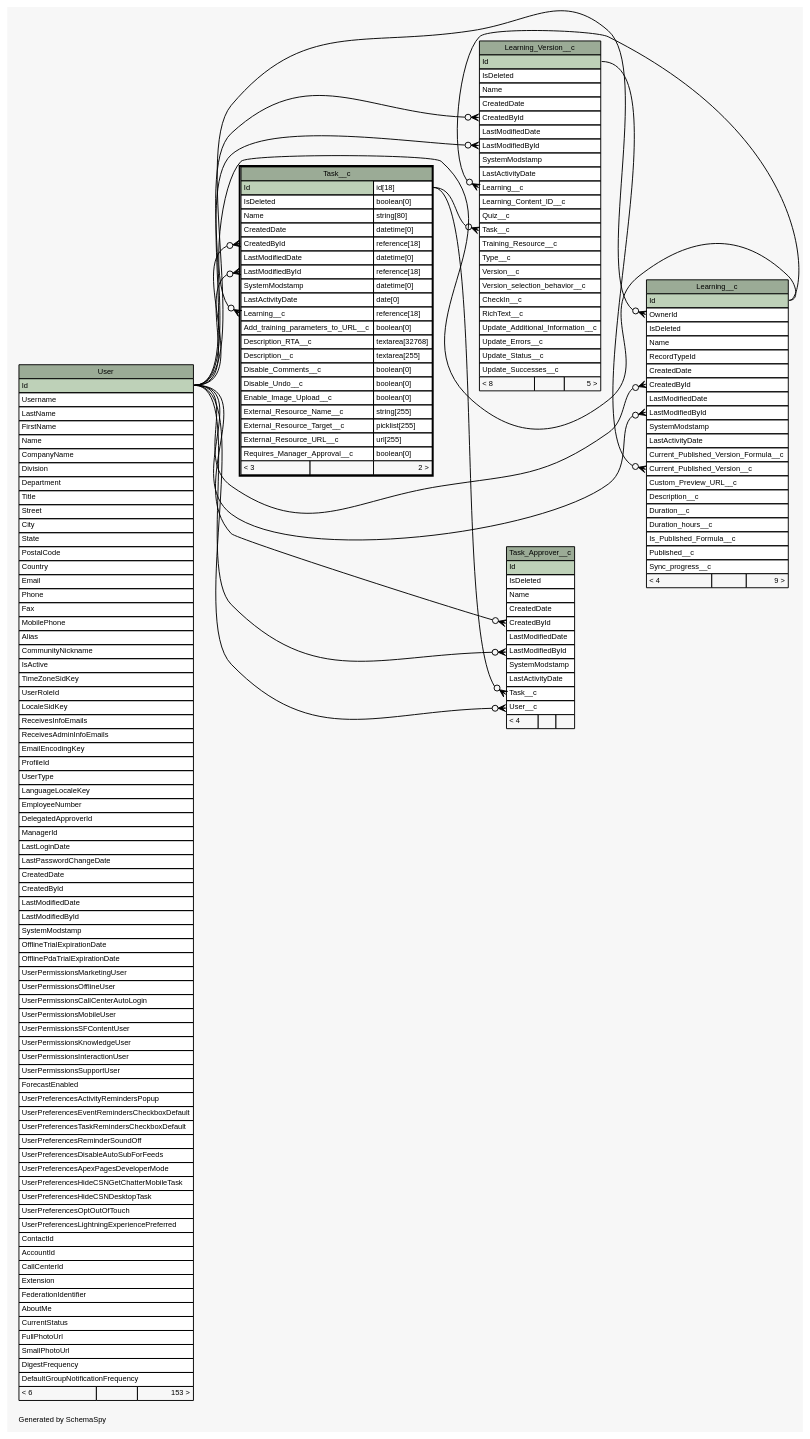
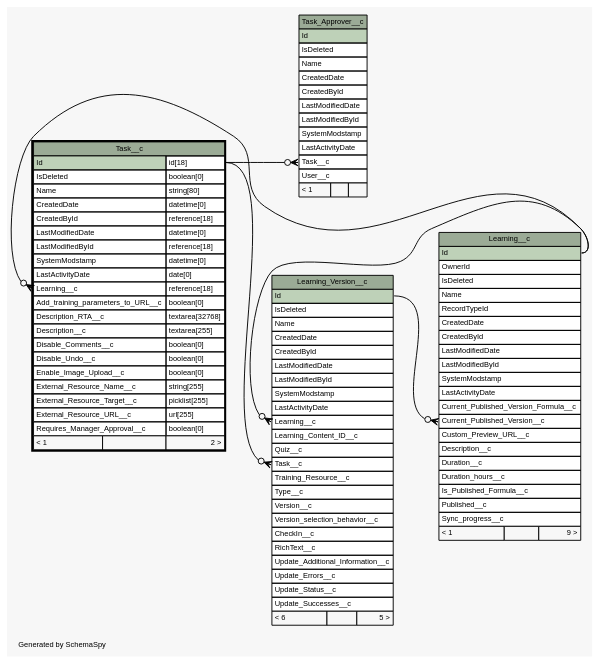
One commit to ScormAnywhere/learntrac.github.io changed the diagram in diagrams/Task__c.1degree.dot. Above: the diagram before and after it, drawn with Graphviz. The commit also changed 289 other files, not shown here.

```diff
--- a/diagrams/Task__c.1degree.dot
+++ b/diagrams/Task__c.1degree.dot
@@ -19,21 +19,11 @@
   edge [
     arrowsize="0.8"
   ];
-  "Learning__c":"CreatedById":w -> "User":"Id":e [arrowhead=none dir=back arrowtail=crowodot];
   "Learning__c":"Current_Published_Version__c":w -> "Learning_Version__c":"Id":e [arrowhead=none dir=back arrowtail=crowodot];
-  "Learning__c":"LastModifiedById":w -> "User":"Id":e [arrowhead=none dir=back arrowtail=crowodot];
-  "Learning__c":"OwnerId":w -> "User":"Id":e [arrowhead=none dir=back arrowtail=crowodot];
-  "Learning_Version__c":"CreatedById":w -> "User":"Id":e [arrowhead=none dir=back arrowtail=crowodot];
-  "Learning_Version__c":"LastModifiedById":w -> "User":"Id":e [arrowhead=none dir=back arrowtail=crowodot];
   "Learning_Version__c":"Learning__c":w -> "Learning__c":"Id":e [arrowhead=none dir=back arrowtail=crowodot];
   "Learning_Version__c":"Task__c":w -> "Task__c":"Id.type":e [arrowhead=none dir=back arrowtail=crowodot];
-  "Task__c":"CreatedById":w -> "User":"Id":e [arrowhead=none dir=back arrowtail=crowodot];
-  "Task__c":"LastModifiedById":w -> "User":"Id":e [arrowhead=none dir=back arrowtail=crowodot];
   "Task__c":"Learning__c":w -> "Learning__c":"Id":e [arrowhead=none dir=back arrowtail=crowodot];
-  "Task_Approver__c":"CreatedById":w -> "User":"Id":e [arrowhead=none dir=back arrowtail=crowodot];
-  "Task_Approver__c":"LastModifiedById":w -> "User":"Id":e [arrowhead=none dir=back arrowtail=crowodot];
   "Task_Approver__c":"Task__c":w -> "Task__c":"Id.type":e [arrowhead=none dir=back arrowtail=crowodot];
-  "Task_Approver__c":"User__c":w -> "User":"Id":e [arrowhead=none dir=back arrowtail=crowodot];
   "Learning__c" [
     label=<
     <TABLE BORDER="0" CELLBORDER="1" CELLSPACING="0" BGCOLOR="#ffffff">
@@ -58,7 +48,7 @@
       <TR><TD PORT="Is_Published_Formula__c" COLSPAN="3" ALIGN="LEFT">Is_Published_Formula__c</TD></TR>
       <TR><TD PORT="Published__c" COLSPAN="3" ALIGN="LEFT">Published__c</TD></TR>
       <TR><TD PORT="Sync_progress__c" COLSPAN="3" ALIGN="LEFT">Sync_progress__c</TD></TR>
-      <TR><TD ALIGN="LEFT" BGCOLOR="#f7f7f7">&lt; 4</TD><TD ALIGN="RIGHT" BGCOLOR="#f7f7f7">  </TD><TD ALIGN="RIGHT" BGCOLOR="#f7f7f7">9 &gt;</TD></TR>
+      <TR><TD ALIGN="LEFT" BGCOLOR="#f7f7f7">&lt; 1</TD><TD ALIGN="RIGHT" BGCOLOR="#f7f7f7">  </TD><TD ALIGN="RIGHT" BGCOLOR="#f7f7f7">9 &gt;</TD></TR>
     </TABLE>>
     URL="Learning__c.html"
     tooltip="Learning__c"
@@ -90,7 +80,7 @@
       <TR><TD PORT="Update_Errors__c" COLSPAN="3" ALIGN="LEFT">Update_Errors__c</TD></TR>
       <TR><TD PORT="Update_Status__c" COLSPAN="3" ALIGN="LEFT">Update_Status__c</TD></TR>
       <TR><TD PORT="Update_Successes__c" COLSPAN="3" ALIGN="LEFT">Update_Successes__c</TD></TR>
-      <TR><TD ALIGN="LEFT" BGCOLOR="#f7f7f7">&lt; 8</TD><TD ALIGN="RIGHT" BGCOLOR="#f7f7f7">  </TD><TD ALIGN="RIGHT" BGCOLOR="#f7f7f7">5 &gt;</TD></TR>
+      <TR><TD ALIGN="LEFT" BGCOLOR="#f7f7f7">&lt; 6</TD><TD ALIGN="RIGHT" BGCOLOR="#f7f7f7">  </TD><TD ALIGN="RIGHT" BGCOLOR="#f7f7f7">5 &gt;</TD></TR>
     </TABLE>>
     URL="Learning_Version__c.html"
     tooltip="Learning_Version__c"
@@ -119,7 +109,7 @@
       <TR><TD PORT="External_Resource_Target__c" COLSPAN="2" ALIGN="LEFT">External_Resource_Target__c</TD><TD PORT="External_Resource_Target__c.type" ALIGN="LEFT">picklist[255]</TD></TR>
       <TR><TD PORT="External_Resource_URL__c" COLSPAN="2" ALIGN="LEFT">External_Resource_URL__c</TD><TD PORT="External_Resource_URL__c.type" ALIGN="LEFT">url[255]</TD></TR>
       <TR><TD PORT="Requires_Manager_Approval__c" COLSPAN="2" ALIGN="LEFT">Requires_Manager_Approval__c</TD><TD PORT="Requires_Manager_Approval__c.type" ALIGN="LEFT">boolean[0]</TD></TR>
-      <TR><TD ALIGN="LEFT" BGCOLOR="#f7f7f7">&lt; 3</TD><TD ALIGN="RIGHT" BGCOLOR="#f7f7f7">  </TD><TD ALIGN="RIGHT" BGCOLOR="#f7f7f7">2 &gt;</TD></TR>
+      <TR><TD ALIGN="LEFT" BGCOLOR="#f7f7f7">&lt; 1</TD><TD ALIGN="RIGHT" BGCOLOR="#f7f7f7">  </TD><TD ALIGN="RIGHT" BGCOLOR="#f7f7f7">2 &gt;</TD></TR>
     </TABLE>>
     URL="Task__c.html"
     tooltip="Task__c"
@@ -139,90 +129,9 @@
       <TR><TD PORT="LastActivityDate" COLSPAN="3" ALIGN="LEFT">LastActivityDate</TD></TR>
       <TR><TD PORT="Task__c" COLSPAN="3" ALIGN="LEFT">Task__c</TD></TR>
       <TR><TD PORT="User__c" COLSPAN="3" ALIGN="LEFT">User__c</TD></TR>
-      <TR><TD ALIGN="LEFT" BGCOLOR="#f7f7f7">&lt; 4</TD><TD ALIGN="RIGHT" BGCOLOR="#f7f7f7">  </TD><TD ALIGN="RIGHT" BGCOLOR="#f7f7f7">  </TD></TR>
+      <TR><TD ALIGN="LEFT" BGCOLOR="#f7f7f7">&lt; 1</TD><TD ALIGN="RIGHT" BGCOLOR="#f7f7f7">  </TD><TD ALIGN="RIGHT" BGCOLOR="#f7f7f7">  </TD></TR>
     </TABLE>>
     URL="Task_Approver__c.html"
     tooltip="Task_Approver__c"
   ];
-  "User" [
-    label=<
-    <TABLE BORDER="0" CELLBORDER="1" CELLSPACING="0" BGCOLOR="#ffffff">
-      <TR><TD COLSPAN="3" BGCOLOR="#9bab96" ALIGN="CENTER">User</TD></TR>
-      <TR><TD PORT="Id" COLSPAN="3" BGCOLOR="#bed1b8" ALIGN="LEFT">Id</TD></TR>
-      <TR><TD PORT="Username" COLSPAN="3" ALIGN="LEFT">Username</TD></TR>
-      <TR><TD PORT="LastName" COLSPAN="3" ALIGN="LEFT">LastName</TD></TR>
-      <TR><TD PORT="FirstName" COLSPAN="3" ALIGN="LEFT">FirstName</TD></TR>
-      <TR><TD PORT="Name" COLSPAN="3" ALIGN="LEFT">Name</TD></TR>
-      <TR><TD PORT="CompanyName" COLSPAN="3" ALIGN="LEFT">CompanyName</TD></TR>
-      <TR><TD PORT="Division" COLSPAN="3" ALIGN="LEFT">Division</TD></TR>
-      <TR><TD PORT="Department" COLSPAN="3" ALIGN="LEFT">Department</TD></TR>
-      <TR><TD PORT="Title" COLSPAN="3" ALIGN="LEFT">Title</TD></TR>
-      <TR><TD PORT="Street" COLSPAN="3" ALIGN="LEFT">Street</TD></TR>
-      <TR><TD PORT="City" COLSPAN="3" ALIGN="LEFT">City</TD></TR>
-      <TR><TD PORT="State" COLSPAN="3" ALIGN="LEFT">State</TD></TR>
-      <TR><TD PORT="PostalCode" COLSPAN="3" ALIGN="LEFT">PostalCode</TD></TR>
-      <TR><TD PORT="Country" COLSPAN="3" ALIGN="LEFT">Country</TD></TR>
-      <TR><TD PORT="Email" COLSPAN="3" ALIGN="LEFT">Email</TD></TR>
-      <TR><TD PORT="Phone" COLSPAN="3" ALIGN="LEFT">Phone</TD></TR>
-      <TR><TD PORT="Fax" COLSPAN="3" ALIGN="LEFT">Fax</TD></TR>
-      <TR><TD PORT="MobilePhone" COLSPAN="3" ALIGN="LEFT">MobilePhone</TD></TR>
-      <TR><TD PORT="Alias" COLSPAN="3" ALIGN="LEFT">Alias</TD></TR>
-      <TR><TD PORT="CommunityNickname" COLSPAN="3" ALIGN="LEFT">CommunityNickname</TD></TR>
-      <TR><TD PORT="IsActive" COLSPAN="3" ALIGN="LEFT">IsActive</TD></TR>
-      <TR><TD PORT="TimeZoneSidKey" COLSPAN="3" ALIGN="LEFT">TimeZoneSidKey</TD></TR>
-      <TR><TD PORT="UserRoleId" COLSPAN="3" ALIGN="LEFT">UserRoleId</TD></TR>
-      <TR><TD PORT="LocaleSidKey" COLSPAN="3" ALIGN="LEFT">LocaleSidKey</TD></TR>
-      <TR><TD PORT="ReceivesInfoEmails" COLSPAN="3" ALIGN="LEFT">ReceivesInfoEmails</TD></TR>
-      <TR><TD PORT="ReceivesAdminInfoEmails" COLSPAN="3" ALIGN="LEFT">ReceivesAdminInfoEmails</TD></TR>
-      <TR><TD PORT="EmailEncodingKey" COLSPAN="3" ALIGN="LEFT">EmailEncodingKey</TD></TR>
-      <TR><TD PORT="ProfileId" COLSPAN="3" ALIGN="LEFT">ProfileId</TD></TR>
-      <TR><TD PORT="UserType" COLSPAN="3" ALIGN="LEFT">UserType</TD></TR>
-      <TR><TD PORT="LanguageLocaleKey" COLSPAN="3" ALIGN="LEFT">LanguageLocaleKey</TD></TR>
-      <TR><TD PORT="EmployeeNumber" COLSPAN="3" ALIGN="LEFT">EmployeeNumber</TD></TR>
-      <TR><TD PORT="DelegatedApproverId" COLSPAN="3" ALIGN="LEFT">DelegatedApproverId</TD></TR>
-      <TR><TD PORT="ManagerId" COLSPAN="3" ALIGN="LEFT">ManagerId</TD></TR>
-      <TR><TD PORT="LastLoginDate" COLSPAN="3" ALIGN="LEFT">LastLoginDate</TD></TR>
-      <TR><TD PORT="LastPasswordChangeDate" COLSPAN="3" ALIGN="LEFT">LastPasswordChangeDate</TD></TR>
-      <TR><TD PORT="CreatedDate" COLSPAN="3" ALIGN="LEFT">CreatedDate</TD></TR>
-      <TR><TD PORT="CreatedById" COLSPAN="3" ALIGN="LEFT">CreatedById</TD></TR>
-      <TR><TD PORT="LastModifiedDate" COLSPAN="3" ALIGN="LEFT">LastModifiedDate</TD></TR>
-      <TR><TD PORT="LastModifiedById" COLSPAN="3" ALIGN="LEFT">LastModifiedById</TD></TR>
-      <TR><TD PORT="SystemModstamp" COLSPAN="3" ALIGN="LEFT">SystemModstamp</TD></TR>
-      <TR><TD PORT="OfflineTrialExpirationDate" COLSPAN="3" ALIGN="LEFT">OfflineTrialExpirationDate</TD></TR>
-      <TR><TD PORT="OfflinePdaTrialExpirationDate" COLSPAN="3" ALIGN="LEFT">OfflinePdaTrialExpirationDate</TD></TR>
-      <TR><TD PORT="UserPermissionsMarketingUser" COLSPAN="3" ALIGN="LEFT">UserPermissionsMarketingUser</TD></TR>
-      <TR><TD PORT="UserPermissionsOfflineUser" COLSPAN="3" ALIGN="LEFT">UserPermissionsOfflineUser</TD></TR>
-      <TR><TD PORT="UserPermissionsCallCenterAutoLogin" COLSPAN="3" ALIGN="LEFT">UserPermissionsCallCenterAutoLogin</TD></TR>
-      <TR><TD PORT="UserPermissionsMobileUser" COLSPAN="3" ALIGN="LEFT">UserPermissionsMobileUser</TD></TR>
-      <TR><TD PORT="UserPermissionsSFContentUser" COLSPAN="3" ALIGN="LEFT">UserPermissionsSFContentUser</TD></TR>
-      <TR><TD PORT="UserPermissionsKnowledgeUser" COLSPAN="3" ALIGN="LEFT">UserPermissionsKnowledgeUser</TD></TR>
-      <TR><TD PORT="UserPermissionsInteractionUser" COLSPAN="3" ALIGN="LEFT">UserPermissionsInteractionUser</TD></TR>
-      <TR><TD PORT="UserPermissionsSupportUser" COLSPAN="3" ALIGN="LEFT">UserPermissionsSupportUser</TD></TR>
-      <TR><TD PORT="ForecastEnabled" COLSPAN="3" ALIGN="LEFT">ForecastEnabled</TD></TR>
-      <TR><TD PORT="UserPreferencesActivityRemindersPopup" COLSPAN="3" ALIGN="LEFT">UserPreferencesActivityRemindersPopup</TD></TR>
-      <TR><TD PORT="UserPreferencesEventRemindersCheckboxDefault" COLSPAN="3" ALIGN="LEFT">UserPreferencesEventRemindersCheckboxDefault</TD></TR>
-      <TR><TD PORT="UserPreferencesTaskRemindersCheckboxDefault" COLSPAN="3" ALIGN="LEFT">UserPreferencesTaskRemindersCheckboxDefault</TD></TR>
-      <TR><TD PORT="UserPreferencesReminderSoundOff" COLSPAN="3" ALIGN="LEFT">UserPreferencesReminderSoundOff</TD></TR>
-      <TR><TD PORT="UserPreferencesDisableAutoSubForFeeds" COLSPAN="3" ALIGN="LEFT">UserPreferencesDisableAutoSubForFeeds</TD></TR>
-      <TR><TD PORT="UserPreferencesApexPagesDeveloperMode" COLSPAN="3" ALIGN="LEFT">UserPreferencesApexPagesDeveloperMode</TD></TR>
-      <TR><TD PORT="UserPreferencesHideCSNGetChatterMobileTask" COLSPAN="3" ALIGN="LEFT">UserPreferencesHideCSNGetChatterMobileTask</TD></TR>
-      <TR><TD PORT="UserPreferencesHideCSNDesktopTask" COLSPAN="3" ALIGN="LEFT">UserPreferencesHideCSNDesktopTask</TD></TR>
-      <TR><TD PORT="UserPreferencesOptOutOfTouch" COLSPAN="3" ALIGN="LEFT">UserPreferencesOptOutOfTouch</TD></TR>
-      <TR><TD PORT="UserPreferencesLightningExperiencePreferred" COLSPAN="3" ALIGN="LEFT">UserPreferencesLightningExperiencePreferred</TD></TR>
-      <TR><TD PORT="ContactId" COLSPAN="3" ALIGN="LEFT">ContactId</TD></TR>
-      <TR><TD PORT="AccountId" COLSPAN="3" ALIGN="LEFT">AccountId</TD></TR>
-      <TR><TD PORT="CallCenterId" COLSPAN="3" ALIGN="LEFT">CallCenterId</TD></TR>
-      <TR><TD PORT="Extension" COLSPAN="3" ALIGN="LEFT">Extension</TD></TR>
-      <TR><TD PORT="FederationIdentifier" COLSPAN="3" ALIGN="LEFT">FederationIdentifier</TD></TR>
-      <TR><TD PORT="AboutMe" COLSPAN="3" ALIGN="LEFT">AboutMe</TD></TR>
-      <TR><TD PORT="CurrentStatus" COLSPAN="3" ALIGN="LEFT">CurrentStatus</TD></TR>
-      <TR><TD PORT="FullPhotoUrl" COLSPAN="3" ALIGN="LEFT">FullPhotoUrl</TD></TR>
-      <TR><TD PORT="SmallPhotoUrl" COLSPAN="3" ALIGN="LEFT">SmallPhotoUrl</TD></TR>
-      <TR><TD PORT="DigestFrequency" COLSPAN="3" ALIGN="LEFT">DigestFrequency</TD></TR>
-      <TR><TD PORT="DefaultGroupNotificationFrequency" COLSPAN="3" ALIGN="LEFT">DefaultGroupNotificationFrequency</TD></TR>
-      <TR><TD ALIGN="LEFT" BGCOLOR="#f7f7f7">&lt; 6</TD><TD ALIGN="RIGHT" BGCOLOR="#f7f7f7">  </TD><TD ALIGN="RIGHT" BGCOLOR="#f7f7f7">153 &gt;</TD></TR>
-    </TABLE>>
-    URL="User.html"
-    tooltip="User"
-  ];
 }
```
